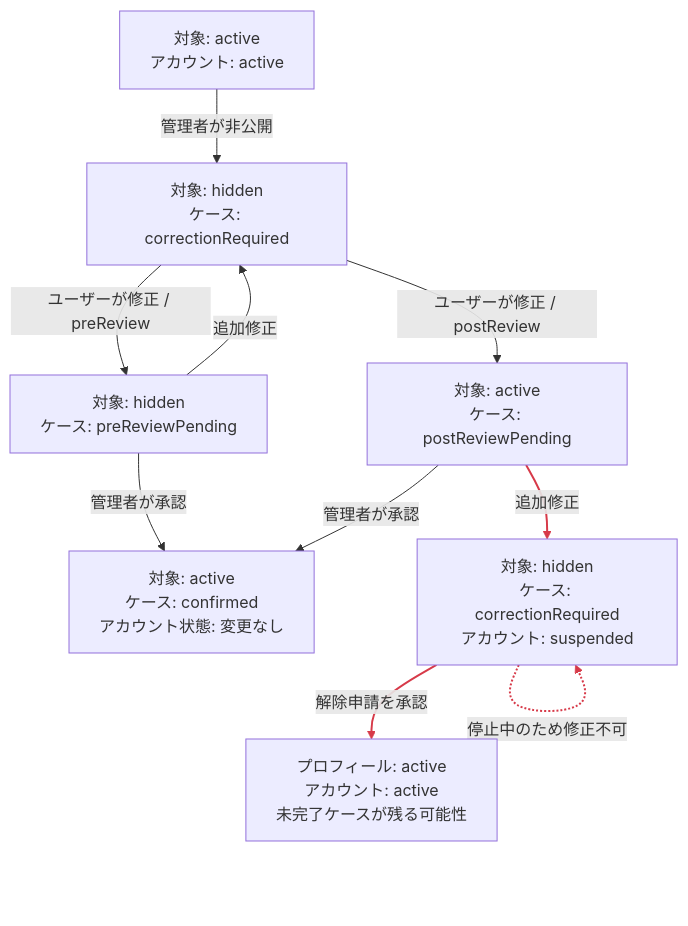
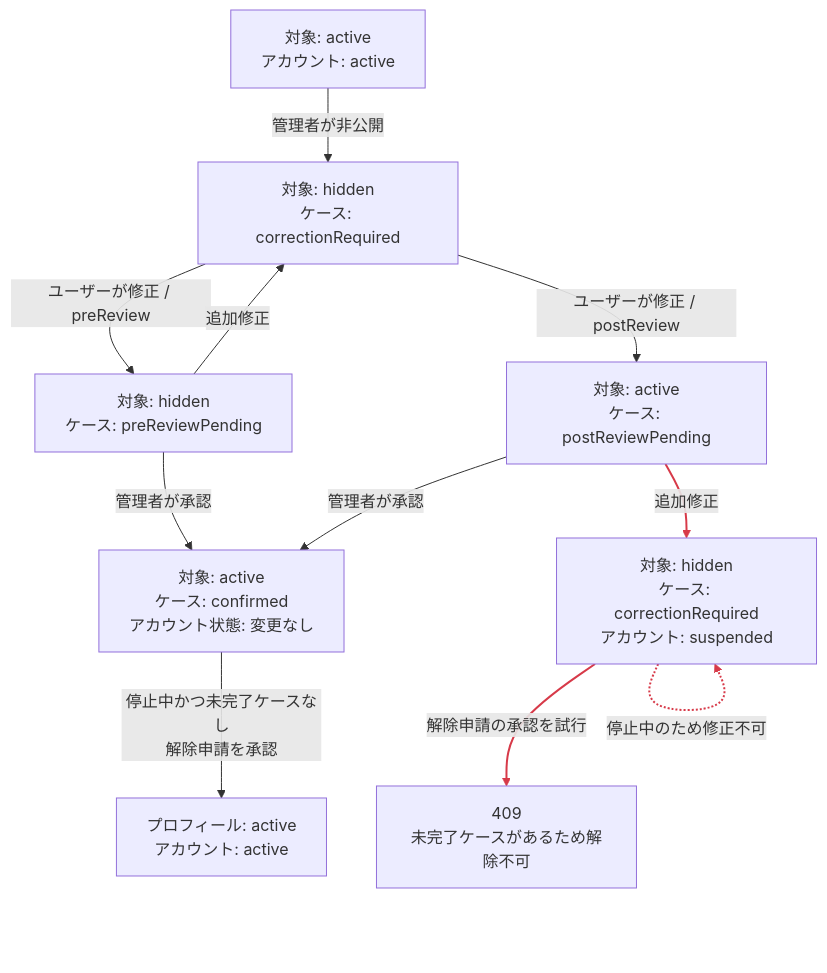
One commit to gp-kobayashi/oto_meishi changed the first of 2 diagrams in docs/admin-moderation.md. Above: the diagram before and after it, drawn with Mermaid. The commit also changed other lines of this file, not shown here.

````diff
--- a/docs/admin-moderation.md
+++ b/docs/admin-moderation.md
@@ -107,22 +107,24 @@
 ```mermaid
 flowchart TD
     A["対象: active<br/>アカウント: active"]
     B["対象: hidden<br/>ケース: correctionRequired"]
     C["対象: hidden<br/>ケース: preReviewPending"]
     D["対象: active<br/>ケース: postReviewPending"]
     E["対象: active<br/>ケース: confirmed<br/>アカウント状態: 変更なし"]
     F["対象: hidden<br/>ケース: correctionRequired<br/>アカウント: suspended"]
-    G["プロフィール: active<br/>アカウント: active<br/>未完了ケースが残る可能性"]
+    G["プロフィール: active<br/>アカウント: active"]
+    H["409<br/>未完了ケースがあるため解除不可"]
 
     A -->|"管理者が非公開"| B
     B -->|"ユーザーが修正 / preReview"| C
     B -->|"ユーザーが修正 / postReview"| D
     C -->|"管理者が承認"| E
     C -->|"追加修正"| B
     D -->|"管理者が承認"| E
     D -->|"追加修正"| F
-    F -->|"解除申請を承認"| G
+    F -->|"解除申請の承認を試行"| H
     F -.->|"停止中のため修正不可"| F
+    E -->|"停止中かつ未完了ケースなし<br/>解除申請を承認"| G
 
     linkStyle 6,7,8 stroke:#d73a49,stroke-width:2px
 ```
````
